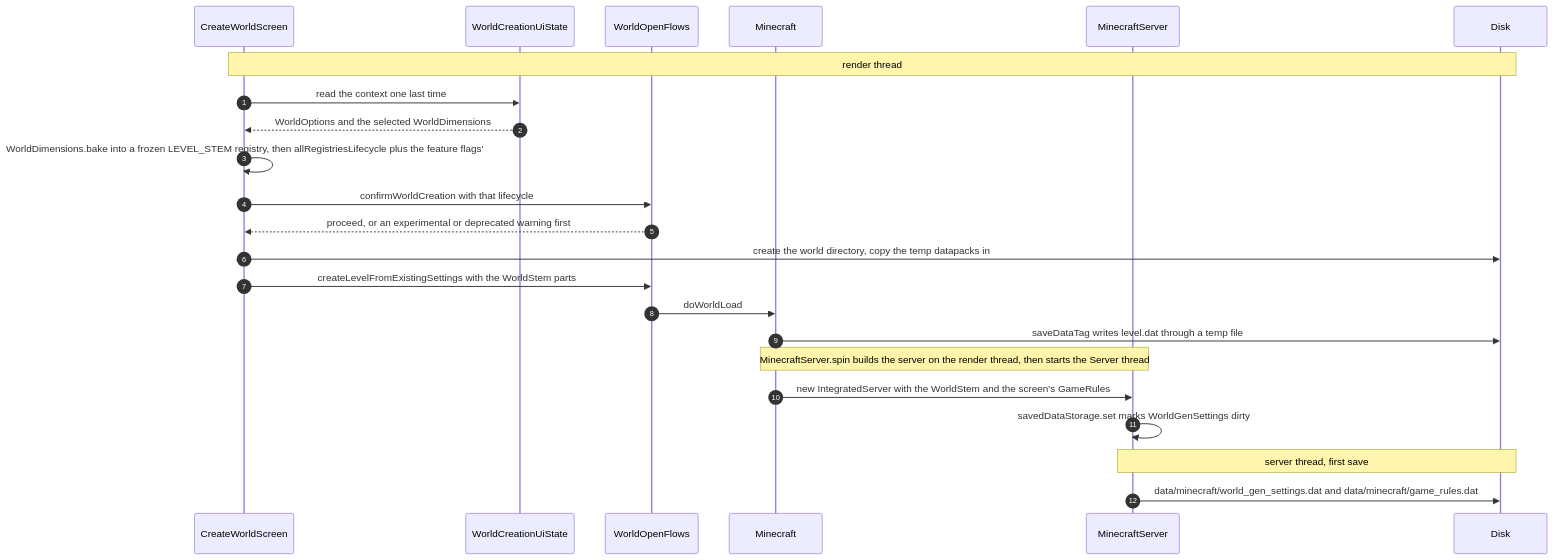
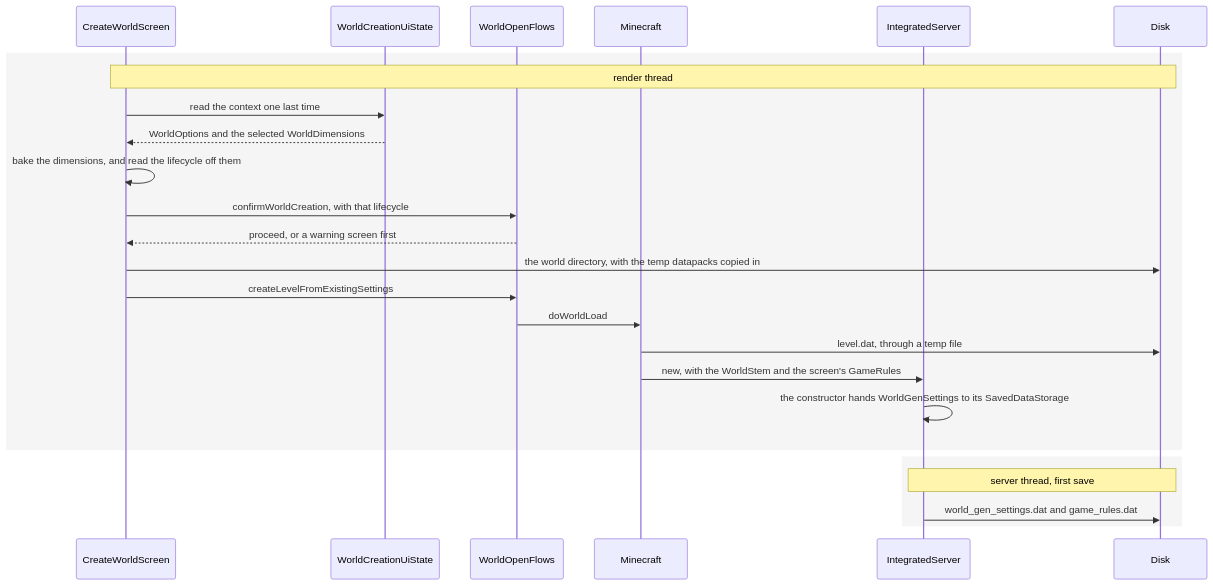
Before and after one commit to AlexanderjFraser/MinecraftDocs: the second of 2 diagrams in src/systems/worldgen/creating-a-world.md, drawn with Mermaid. The commit also changed other lines of this file and 16 other files, not shown here.

First line of the commit message:
pass 7, session L — Part XII: a figure that contradicted its page's own hook, twice, and the caller's method at the callee in a tenth part of ten

````diff
--- a/src/systems/worldgen/creating-a-world.md
+++ b/src/systems/worldgen/creating-a-world.md
@@ -216,25 +220,27 @@
 ```mermaid
 sequenceDiagram
-    autonumber
     participant CWS as CreateWorldScreen
     participant WCUS as WorldCreationUiState
     participant WOF as WorldOpenFlows
     participant MC as Minecraft
-    participant MS as MinecraftServer
+    participant IS as IntegratedServer
     participant Disk as Disk
+    rect rgba(0, 0, 0, 0.04)
     Note over CWS,Disk: render thread
     CWS->>WCUS: read the context one last time
     WCUS-->>CWS: WorldOptions and the selected WorldDimensions
-    CWS->>CWS: WorldDimensions.bake into a frozen LEVEL_STEM registry, then allRegistriesLifecycle plus the feature flags'
-    CWS->>WOF: confirmWorldCreation with that lifecycle
-    WOF-->>CWS: proceed, or an experimental or deprecated warning first
-    CWS->>Disk: create the world directory, copy the temp datapacks in
-    CWS->>WOF: createLevelFromExistingSettings with the WorldStem parts
+    CWS->>CWS: bake the dimensions, and read the lifecycle off them
+    CWS->>WOF: confirmWorldCreation, with that lifecycle
+    WOF-->>CWS: proceed, or a warning screen first
+    CWS->>Disk: the world directory, with the temp datapacks copied in
+    CWS->>WOF: createLevelFromExistingSettings
     WOF->>MC: doWorldLoad
-    MC->>Disk: saveDataTag writes level.dat through a temp file
-    Note over MC,MS: MinecraftServer.spin builds the server on the render thread, then starts the Server thread
-    MC->>MS: new IntegratedServer with the WorldStem and the screen's GameRules
-    MS->>MS: savedDataStorage.set marks WorldGenSettings dirty
-    Note over MS,Disk: server thread, first save
-    MS->>Disk: data/minecraft/world_gen_settings.dat and data/minecraft/game_rules.dat
+    MC->>Disk: level.dat, through a temp file
+    MC->>IS: new, with the WorldStem and the screen's GameRules
+    IS->>IS: the constructor hands WorldGenSettings to its SavedDataStorage
+    end
+    rect rgba(0, 0, 0, 0.04)
+    Note over IS,Disk: server thread, first save
+    IS->>Disk: world_gen_settings.dat and game_rules.dat
+    end
 ```
````
